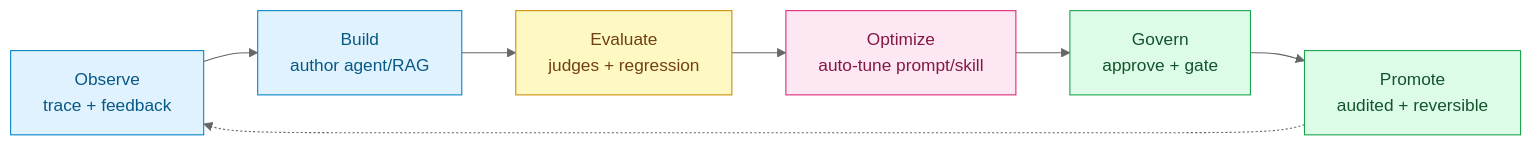
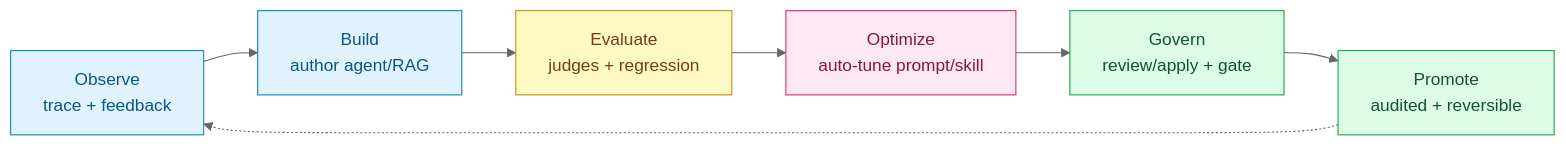
One commit to rrahimi-uci/caliber-suite changed the second of 2 diagrams in docs-site/m-17-competitive-analysis.md. Above: the diagram before and after it, drawn with Mermaid (neutral theme). The commit also changed other lines of this file and 237 other files, not shown here.

````diff
--- a/docs-site/m-17-competitive-analysis.md
+++ b/docs-site/m-17-competitive-analysis.md
@@ -107,17 +111,17 @@
 ```mermaid
 flowchart LR
     obs["Observe<br/>trace + feedback"]:::a
     build["Build<br/>author agent/RAG"]:::a
     eval["Evaluate<br/>judges + regression"]:::b
     opt["Optimize<br/>auto-tune prompt/skill"]:::c
-    gov["Govern<br/>approve + gate"]:::d
+    gov["Govern<br/>review/apply + gate"]:::d
     ship["Promote<br/>audited + reversible"]:::d
 
     obs --> build --> eval --> opt --> gov --> ship
     ship -.-> obs
 
     classDef a fill:#e0f2fe,stroke:#0284c7,color:#075985;
     classDef b fill:#fef9c3,stroke:#ca8a04,color:#713f12;
     classDef c fill:#fce7f3,stroke:#db2777,color:#831843;
     classDef d fill:#dcfce7,stroke:#16a34a,color:#14532d;
 ```
````
